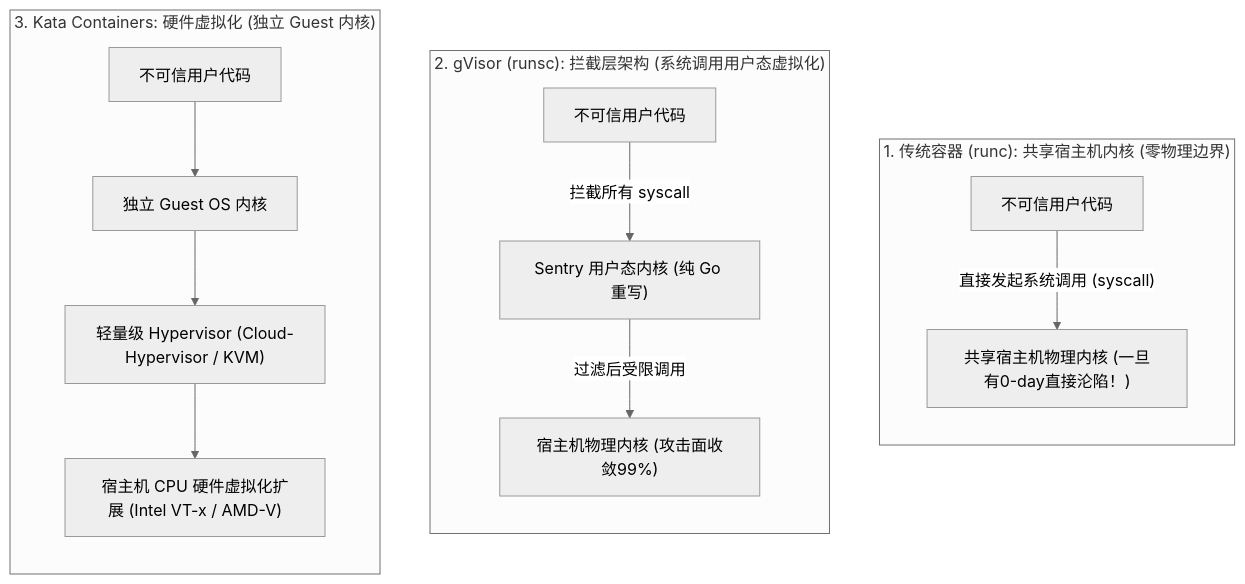
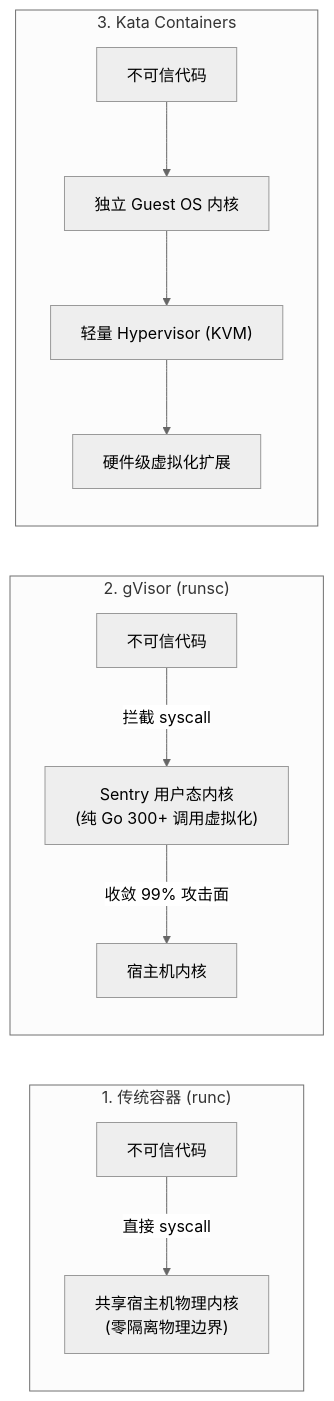
One commit to MoreConsequence/MoreConsequence.github.io changed the first of 3 diagrams in content/posts/kubernetes-internals/k8s-29-sandbox-containers-gvisor-kata.md. Above: the diagram before and after it, drawn with Mermaid (neutral theme). The commit also changed other lines of this file and 835 other files, not shown here.

First line of the commit message:
feat(blog): 全站33篇新增深度专栏与博文全量审核上线及矢量图表优化

````diff
--- a/content/posts/kubernetes-internals/k8s-29-sandbox-containers-gvisor-kata.md
+++ b/content/posts/kubernetes-internals/k8s-29-sandbox-containers-gvisor-kata.md
@@ -40,20 +40,20 @@
 ```mermaid
-flowchart TD
-    subgraph Traditional["1. 传统容器 (runc): 共享宿主机内核 (零物理边界)"]
+flowchart LR
+    subgraph Traditional["1. 传统容器 (runc)"]
         direction TB
-        App1["不可信用户代码"] -->|"直接发起系统调用 (syscall)"| SharedKernel["共享宿主机物理内核 (一旦有0-day直接沦陷！)"]
+        App1["不可信代码"] -->|"直接 syscall"| SharedKernel["共享宿主机物理内核<br/>(零隔离物理边界)"]
     end
 
-    subgraph gVisorArch["2. gVisor (runsc): 拦截层架构 (系统调用用户态虚拟化)"]
+    subgraph gVisorArch["2. gVisor (runsc)"]
         direction TB
-        App2["不可信用户代码"] -->|"拦截所有 syscall"| Sentry["Sentry 用户态内核 (纯 Go 重写)"]
-        Sentry -->|"过滤后受限调用"| HostKernel1["宿主机物理内核 (攻击面收敛99%)"]
+        App2["不可信代码"] -->|"拦截 syscall"| Sentry["Sentry 用户态内核<br/>(纯 Go 300+ 调用虚拟化)"]
+        Sentry -->|"收敛 99% 攻击面"| HostKernel1["宿主机内核"]
     end
 
-    subgraph KataArch["3. Kata Containers: 硬件虚拟化 (独立 Guest 内核)"]
+    subgraph KataArch["3. Kata Containers"]
         direction TB
-        App3["不可信用户代码"] --> GuestKernel["独立 Guest OS 内核"]
-        GuestKernel --> Hypervisor["轻量级 Hypervisor (Cloud-Hypervisor / KVM)"]
-        Hypervisor --> HostHW["宿主机 CPU 硬件虚拟化扩展 (Intel VT-x / AMD-V)"]
+        App3["不可信代码"] --> GuestKernel["独立 Guest OS 内核"]
+        GuestKernel --> Hypervisor["轻量 Hypervisor (KVM)"]
+        Hypervisor --> HostHW["硬件级虚拟化扩展"]
     end
 ```
````
